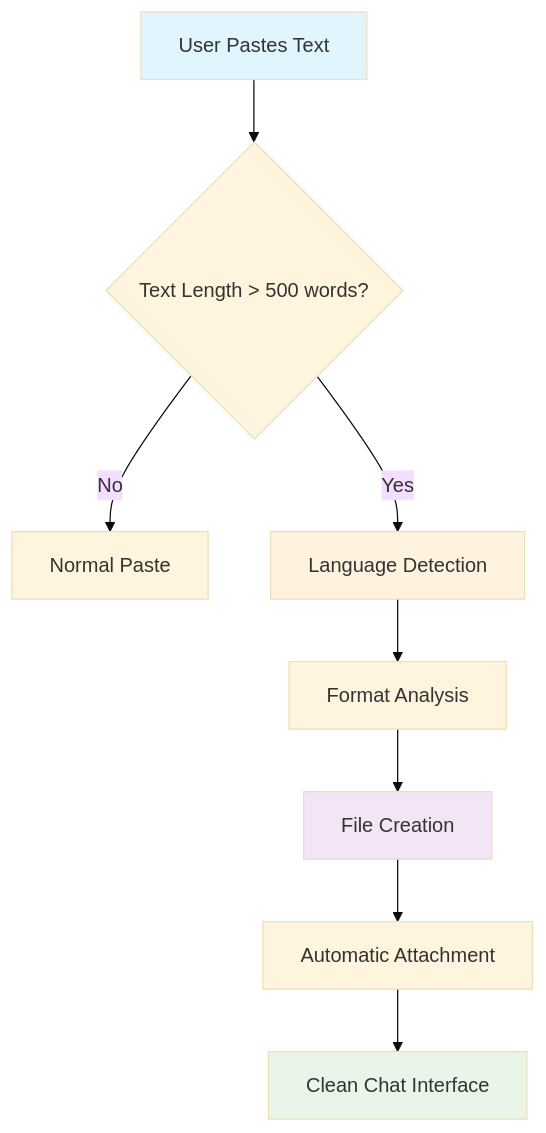
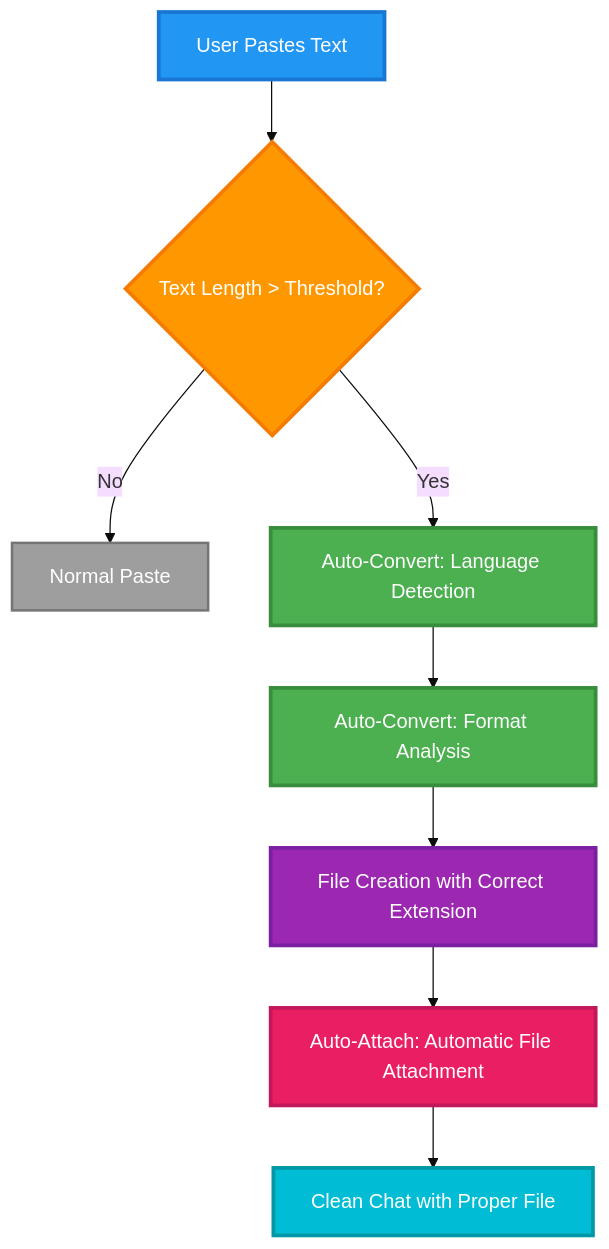
One commit to JosephMatino/MultiAiFilePaster changed the diagram in readme.md. Above: the diagram before and after it, drawn with Mermaid (base theme). The commit also changed other lines of this file and 67 other files, not shown here.

````diff
--- a/readme.md
+++ b/readme.md
@@ -29,15 +27,19 @@
 ```mermaid
 graph TD
-    A[User Pastes Text] --> B{Text Length > 500 words?}
+    A[User Pastes Text] --> B{Text Length > Threshold?}
     B -->|No| C[Normal Paste]
-    B -->|Yes| D[Language Detection]
-    D --> E[Format Analysis] 
-    E --> F[File Creation]
-    F --> G[Automatic Attachment]
-    G --> H[Clean Chat Interface]
-    
-    style A fill:#e1f5fe
-    style H fill:#e8f5e8
-    style D fill:#fff3e0
-    style F fill:#f3e5f5
+    B -->|Yes| D[Auto-Convert: Language Detection]
+    D --> E[Auto-Convert: Format Analysis]
+    E --> F[File Creation with Correct Extension]
+    F --> G[Auto-Attach: Automatic File Attachment]
+    G --> H[Clean Chat with Proper File]
+
+    style A fill:#2196F3,stroke:#1976D2,stroke-width:3px,color:#fff
+    style B fill:#FF9800,stroke:#F57C00,stroke-width:3px,color:#fff
+    style C fill:#9E9E9E,stroke:#757575,stroke-width:2px,color:#fff
+    style D fill:#4CAF50,stroke:#388E3C,stroke-width:3px,color:#fff
+    style E fill:#4CAF50,stroke:#388E3C,stroke-width:3px,color:#fff
+    style F fill:#9C27B0,stroke:#7B1FA2,stroke-width:3px,color:#fff
+    style G fill:#E91E63,stroke:#C2185B,stroke-width:3px,color:#fff
+    style H fill:#00BCD4,stroke:#0097A7,stroke-width:3px,color:#fff
 ```
````
